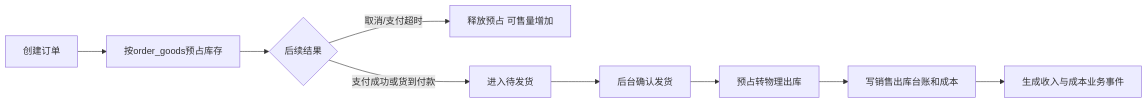
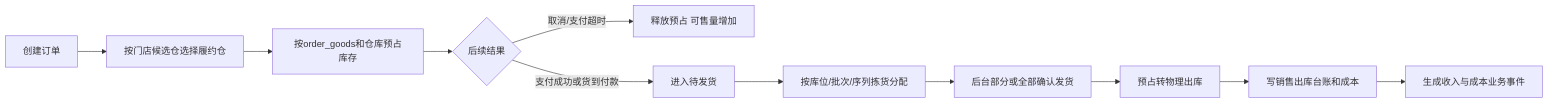
One commit to liujitcn/shop changed the third of 4 diagrams in docs/进销存财务系统设计.md. Above: the diagram before and after it, drawn with Mermaid. The commit also changed other lines of this file and 2 other files, not shown here.

````diff
--- a/docs/进销存财务系统设计.md
+++ b/docs/进销存财务系统设计.md
@@ -1125,11 +1542,13 @@
 ```mermaid
 flowchart LR
-  A[创建订单] --> B[按order_goods预占库存]
+  A[创建订单] --> S[按门店候选仓选择履约仓]
+  S --> B[按order_goods和仓库预占库存]
   B --> C{后续结果}
   C -->|取消/支付超时| D[释放预占 可售量增加]
   C -->|支付成功或货到付款| E[进入待发货]
-  E --> F[后台确认发货]
+  E --> P[按库位/批次/序列拣货分配]
+  P --> F[后台部分或全部确认发货]
   F --> G[预占转物理出库]
   G --> H[写销售出库台账和成本]
   H --> I[生成收入与成本业务事件]
 ```
````
